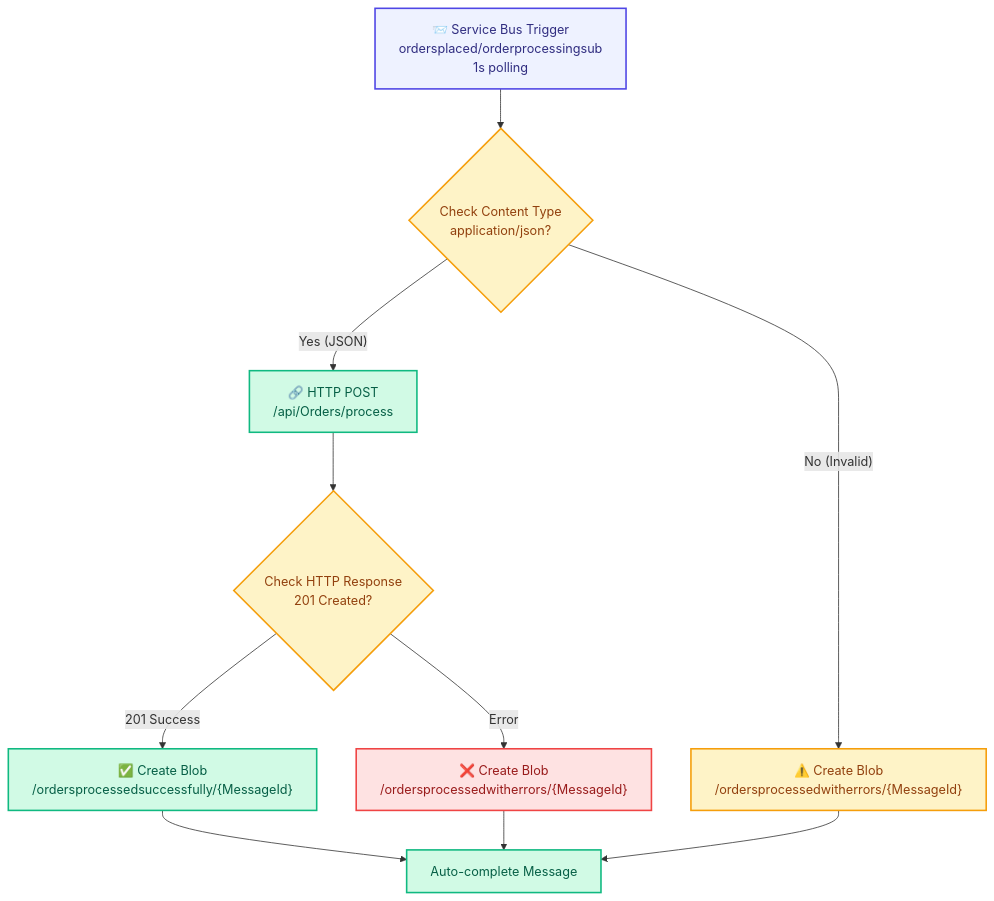
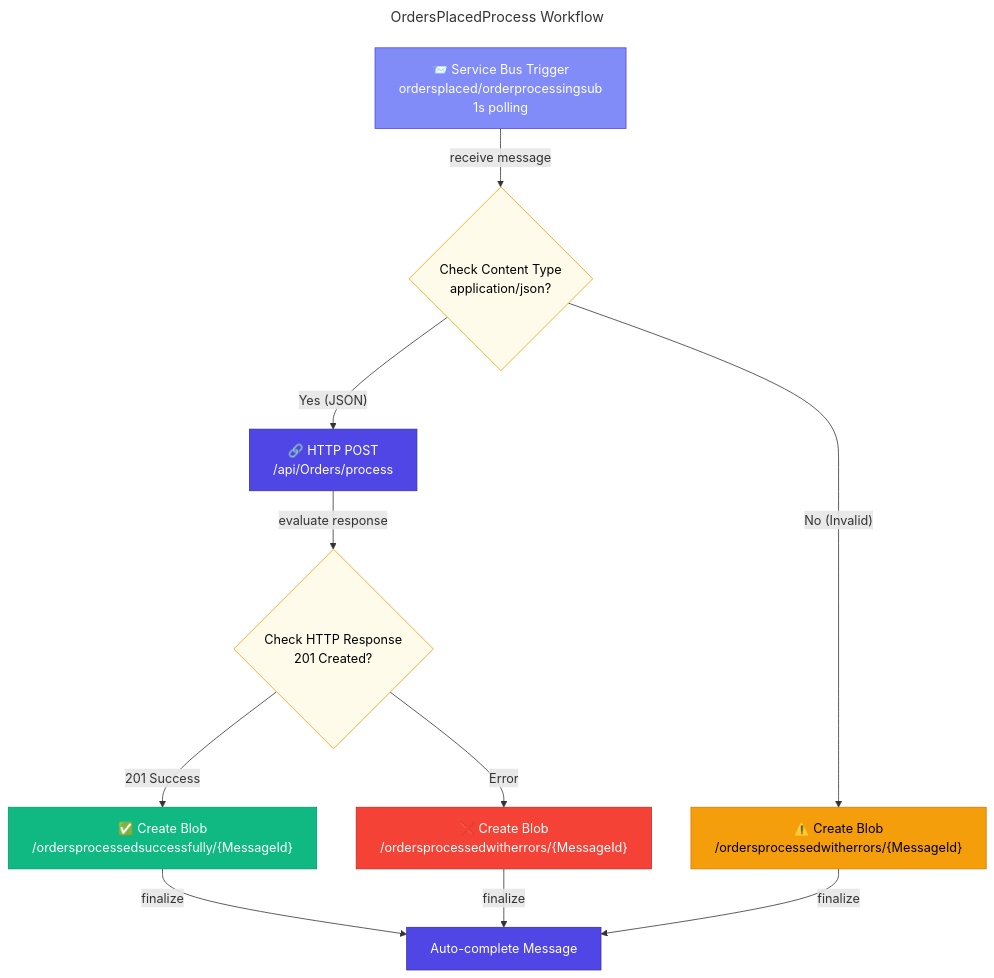
One commit to Evilazaro/Azure-LogicApps-Monitoring changed the fourth of 6 diagrams in docs/architecture/03-application-architecture.md. Above: the diagram before and after it, drawn with Mermaid. The commit also changed other lines of this file, not shown here.

Commit message:
docs: Enhance mermaid diagrams with titles and improved styling for better clarity and organization across application architecture documentation

````diff
--- a/docs/architecture/03-application-architecture.md
+++ b/docs/architecture/03-application-architecture.md
@@ -330,36 +376,48 @@
 ```mermaid
+---
+title: OrdersPlacedProcess Workflow
+---
 flowchart TD
-    %% OrdersPlacedProcess Workflow - Order message processing flow
+    %% ===== CLASS DEFINITIONS =====
+    classDef primary fill:#4F46E5,stroke:#3730A3,color:#FFFFFF
+    classDef secondary fill:#10B981,stroke:#059669,color:#FFFFFF
+    classDef datastore fill:#F59E0B,stroke:#D97706,color:#000000
+    classDef external fill:#6B7280,stroke:#4B5563,color:#FFFFFF,stroke-dasharray: 5 5
+    classDef failed fill:#F44336,stroke:#C62828,color:#FFFFFF
+    classDef trigger fill:#818CF8,stroke:#4F46E5,color:#FFFFFF
+    classDef decision fill:#FFFBEB,stroke:#F59E0B,color:#000000
+    classDef input fill:#F3F4F6,stroke:#6B7280,color:#000000
+
+    %% ===== TRIGGER =====
     Trigger["📨 Service Bus Trigger<br/>ordersplaced/orderprocessingsub<br/>1s polling"]
+
+    %% ===== DECISION NODES =====
     Check{"Check Content Type<br/>application/json?"}
+    CheckResult{"Check HTTP Response<br/>201 Created?"}
+
+    %% ===== ACTION NODES =====
     CallAPI["🔗 HTTP POST<br/>/api/Orders/process"]
-    CheckResult{"Check HTTP Response<br/>201 Created?"}
     StoreSuccess["✅ Create Blob<br/>/ordersprocessedsuccessfully/{MessageId}"]
     StoreError["❌ Create Blob<br/>/ordersprocessedwitherrors/{MessageId}"]
     StoreInvalid["⚠️ Create Blob<br/>/ordersprocessedwitherrors/{MessageId}"]
     Complete["Auto-complete Message"]
 
-    %% Flow connections
-    Trigger --> Check
+    %% ===== FLOW CONNECTIONS =====
+    Trigger -->|"receive message"| Check
     Check -->|"Yes (JSON)"| CallAPI
     Check -->|"No (Invalid)"| StoreInvalid
-    CallAPI --> CheckResult
+    CallAPI -->|"evaluate response"| CheckResult
     CheckResult -->|"201 Success"| StoreSuccess
     CheckResult -->|"Error"| StoreError
-    StoreSuccess --> Complete
-    StoreError --> Complete
-    StoreInvalid --> Complete
+    StoreSuccess -->|"finalize"| Complete
+    StoreError -->|"finalize"| Complete
+    StoreInvalid -->|"finalize"| Complete
 
-    %% Modern color palette - WCAG AA compliant
-    classDef trigger fill:#EEF2FF,stroke:#4F46E5,stroke-width:2px,color:#312E81
-    classDef decision fill:#FEF3C7,stroke:#F59E0B,stroke-width:2px,color:#92400E
-    classDef success fill:#D1FAE5,stroke:#10B981,stroke-width:2px,color:#065F46
-    classDef error fill:#FEE2E2,stroke:#EF4444,stroke-width:2px,color:#991B1B
-    classDef warning fill:#FEF3C7,stroke:#F59E0B,stroke-width:2px,color:#92400E
-
+    %% ===== NODE CLASSES =====
     class Trigger trigger
     class Check,CheckResult decision
-    class CallAPI,Complete,StoreSuccess success
-    class StoreError error
-    class StoreInvalid warning
+    class CallAPI,Complete primary
+    class StoreSuccess secondary
+    class StoreError failed
+    class StoreInvalid datastore
 ```
````
